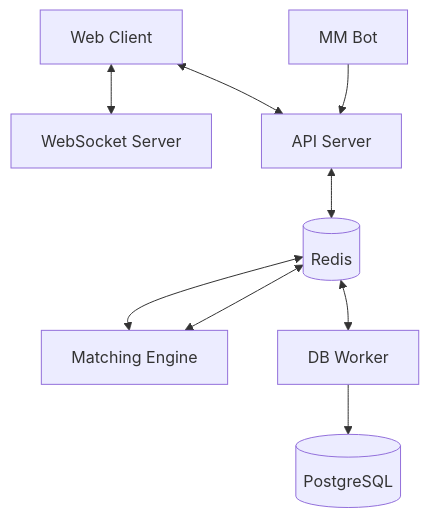
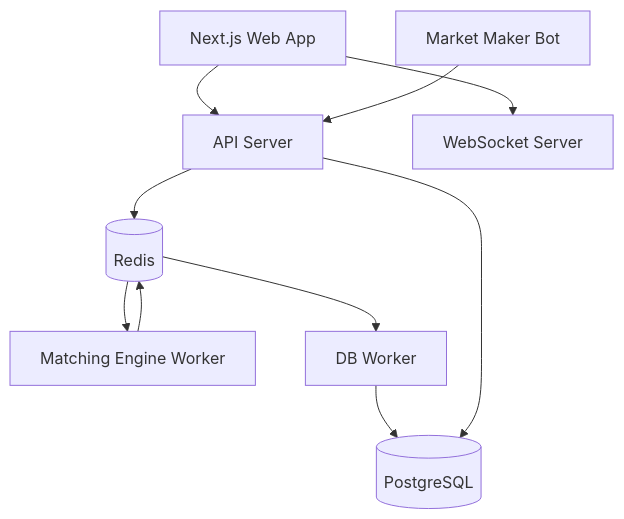
Before and after one commit to harshxengr/Xchng: the diagram in README.md, drawn with Mermaid. The commit also changed other lines of this file and 26 other files, not shown here.

````diff
--- a/README.md
+++ b/README.md
@@ -72,11 +39,12 @@
 ```mermaid
 graph TD
-    Client[Web Client] <--> WS[WebSocket Server]
-    Client <--> API[API Server]
-    API <--> Redis[(Redis)]
-    Redis <--> Engine[Matching Engine]
-    Engine <--> Redis
-    Redis <--> DBW[DB Worker]
-    DBW --> DB[(PostgreSQL)]
-    MM[MM Bot] --> API
+  Web[Next.js Web App] --> API[API Server]
+  Web --> WS[WebSocket Server]
+  API --> Redis[(Redis)]
+  Redis --> Engine[Matching Engine Worker]
+  Engine --> Redis
+  Redis --> DBWorker[DB Worker]
+  DBWorker --> Postgres[(PostgreSQL)]
+  MMBot[Market Maker Bot] --> API
+  API --> Postgres
 ```
````
